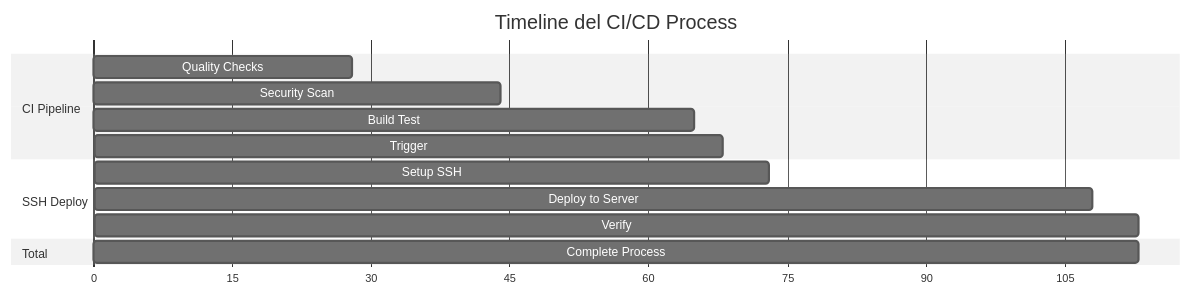
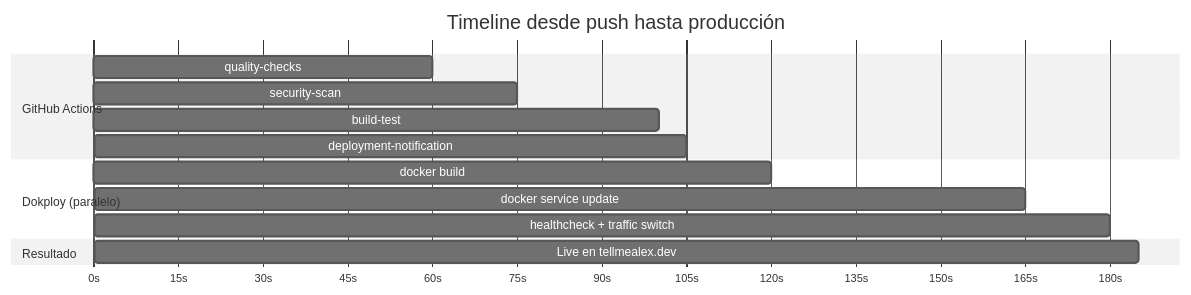
Before and after one commit to TellMeAlex/portfolio: the seventh of 9 diagrams in docs/CI-CD.md, drawn with Mermaid (neutral theme). The commit also changed other lines of this file and 1 other file, not shown here.

First line of the commit message:
docs: rewrite CI-CD.md and TROUBLESHOOTING.md for Dokploy deploy (#92)

````diff
--- a/docs/CI-CD.md
+++ b/docs/CI-CD.md
@@ -185,20 +203,20 @@
 ```mermaid
 gantt
-    title Timeline del CI/CD Process
+    title Timeline desde push hasta producción
     dateFormat X
-    axisFormat %s
+    axisFormat %ss
 
-    section CI Pipeline
-    Quality Checks    :0, 28
-    Security Scan     :28, 44
-    Build Test        :44, 65
-    Trigger           :65, 68
+    section GitHub Actions
+    quality-checks            :0, 60
+    security-scan             :60, 75
+    build-test                :75, 100
+    deployment-notification   :100, 105
 
-    section SSH Deploy
-    Setup SSH         :68, 73
-    Deploy to Server  :73, 108
-    Verify            :108, 113
+    section Dokploy (paralelo)
+    docker build              :0, 120
+    docker service update     :120, 165
+    healthcheck + traffic switch :165, 180
 
-    section Total
-    Complete Process  :0, 113
+    section Resultado
+    Live en tellmealex.dev    :180, 185
 ```
````
